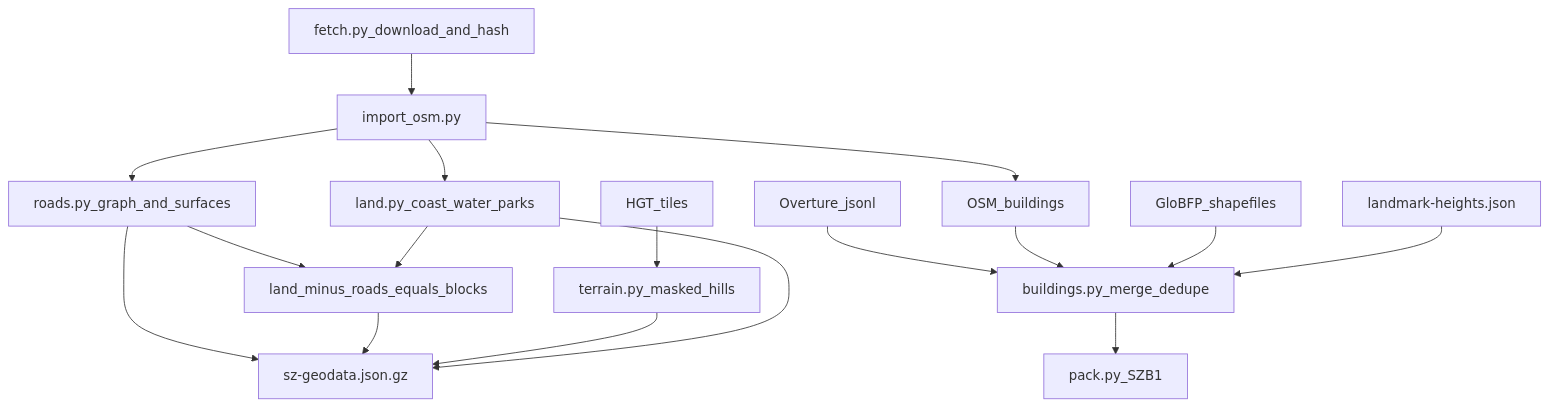
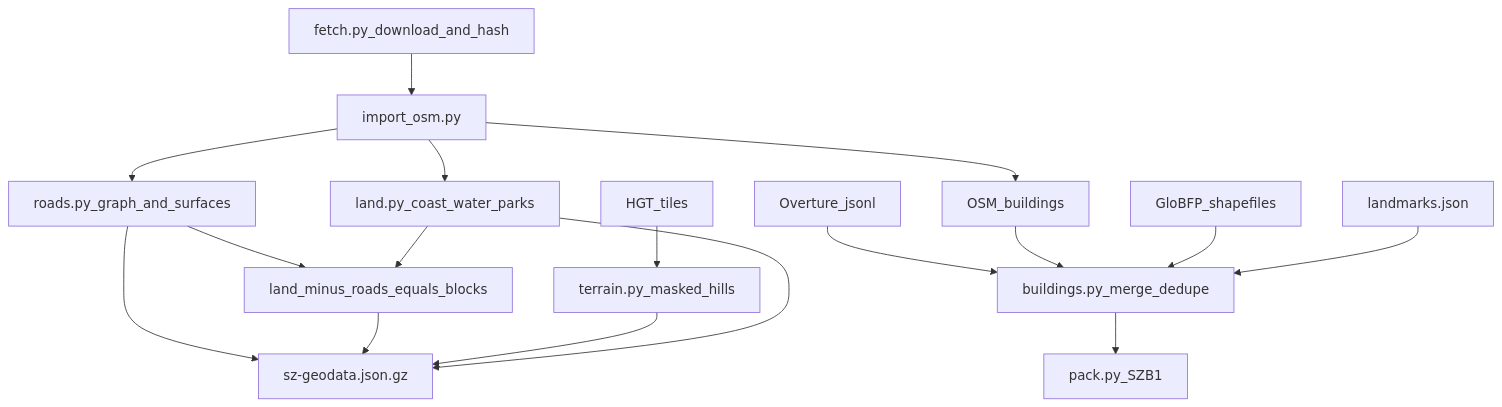
One commit to skyh24/slop-shenzhen changed the diagram in docs/02-DATA-PIPELINE.md. Above: the diagram before and after it, drawn with Mermaid. The commit also changed other lines of this file and 15 other files, not shown here.

````diff
--- a/docs/02-DATA-PIPELINE.md
+++ b/docs/02-DATA-PIPELINE.md
@@ -32,19 +36,19 @@
 ```mermaid
 flowchart TD
   fetch[fetch.py_download_and_hash] --> osm[import_osm.py]
   osm --> roads[roads.py_graph_and_surfaces]
   osm --> land[land.py_coast_water_parks]
   osm --> bosm[OSM_buildings]
   ov[Overture_jsonl] --> merge[buildings.py_merge_dedupe]
   bosm --> merge
   gb[GloBFP_shapefiles] --> merge
   dem[HGT_tiles] --> terrain[terrain.py_masked_hills]
   roads --> blocks[land_minus_roads_equals_blocks]
   land --> blocks
   merge --> pack[pack.py_SZB1]
   roads --> geo[sz-geodata.json.gz]
   blocks --> geo
   terrain --> geo
   land --> geo
-  lmk[landmark-heights.json] --> merge
+  lmk[landmarks.json] --> merge
 ```
````
